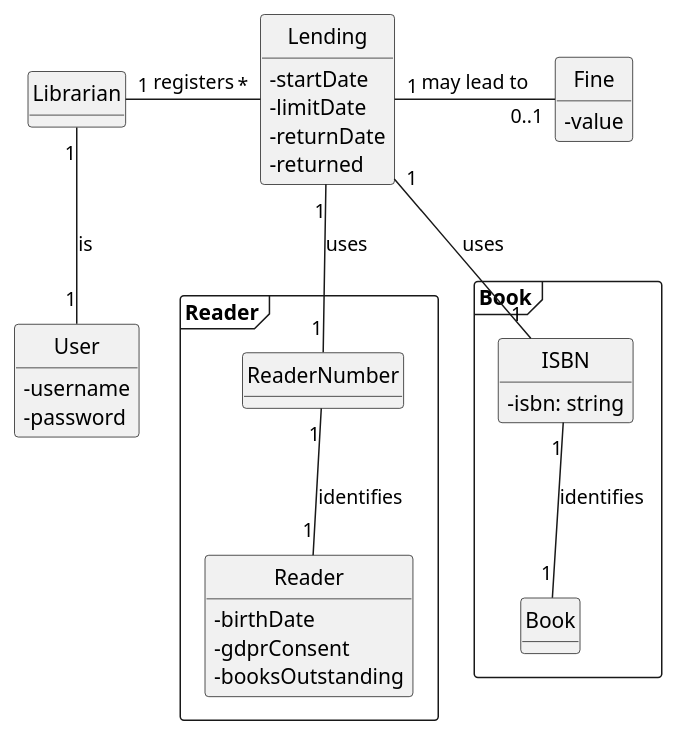
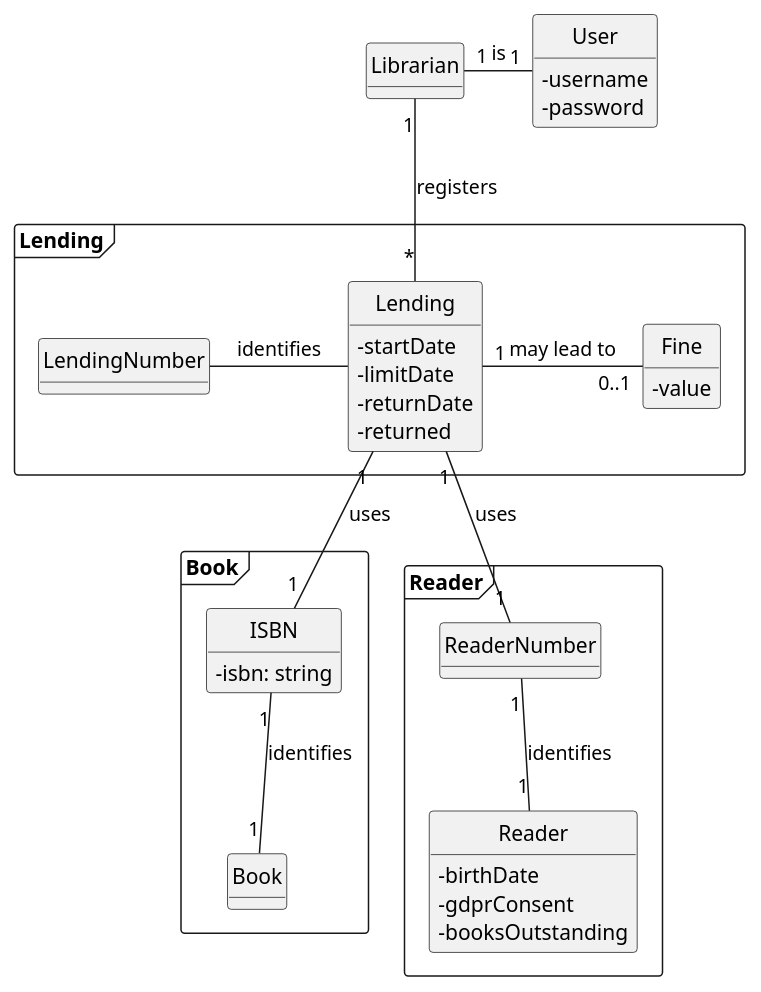
One commit to rutemf/1220944_1220772_G01 changed the diagram in Docs/Phase1/WP4A-Lendings/WP4A-Lendings-DM.puml. Above: the diagram before and after it, drawn with PlantUML. The commit also changed 7 other files, not shown here.

```diff
--- a/Docs/Phase1/WP4A-Lendings/WP4A-Lendings-DM.puml
+++ b/Docs/Phase1/WP4A-Lendings/WP4A-Lendings-DM.puml
@@ -1,50 +1,60 @@
 @startuml
 'https://plantuml.com/class-diagram
 skinparam classAttributeIconSize 0
 hide circle
 hide methods
 
-class Lending {
-    - startDate
-    - limitDate
-    - returnDate
-    - returned
+package Lending as PLending <<Frame>> {
+    class Lending {
+        - startDate
+        - limitDate
+        - returnDate
+        - returned
+    }
+    class LendingNumber {
+    }
+    class Fine{
+        - value
+    }
 }
+
+
 
 class User {
     - username
     - password
 }
 
 class Librarian
 
-class Fine{
-    - value
-}
+
+
+
 
 package Book as PBook <<Frame>> {
     class Book
     class ISBN {
     - isbn: string
     }
 }
 
 package Reader as PReader <<Frame>> {
     class Reader{
         - birthDate
         - gdprConsent
         - booksOutstanding
     }
     class ReaderNumber
 }
 
 
 Lending "1" -down- "1" ISBN : uses
 ReaderNumber "1" -up- "1" Lending : uses
 Book "1" -up- "1" ISBN : identifies
 Reader "1" -up- "1" ReaderNumber : identifies
 Lending "1" -right- "0..1" Fine : may lead to
-Librarian "1" - "*" Lending : registers
-Librarian "1" -- "1" User : is
+Librarian "1" -down- "*" Lending : registers
+Librarian "1" -right- "1" User : is
+Lending -left- LendingNumber : identifies
 
 @enduml
```
